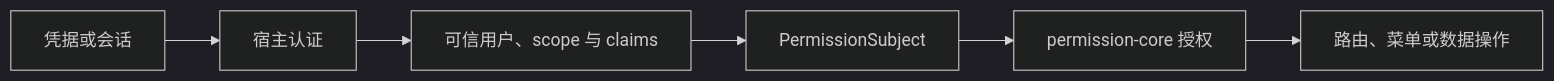
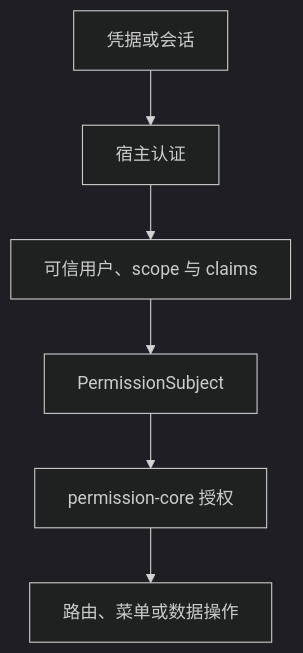
The diagram in website/docs/zh/guide/authentication-boundary.md (vextjs/permission-core), drawn with Mermaid (dark theme) before and after one commit. The commit also changed other lines of this file and 55 other files, not shown here.

Commit message:
docs: improve guides and diagram rendering

````diff
--- a/website/docs/zh/guide/authentication-boundary.md
+++ b/website/docs/zh/guide/authentication-boundary.md
@@ -7,8 +7,10 @@
 ```mermaid
-flowchart LR
+flowchart TD
+  accTitle: 认证与授权边界
+  accDescr: 宿主先认证凭据并提供可信身份、范围和声明，再由 permission-core 授权路由、菜单或数据操作。
   A["凭据或会话"] --> B["宿主认证"]
   B --> C["可信用户、scope 与 claims"]
   C --> D["PermissionSubject"]
   D --> E["permission-core 授权"]
   E --> F["路由、菜单或数据操作"]
 ```
````
